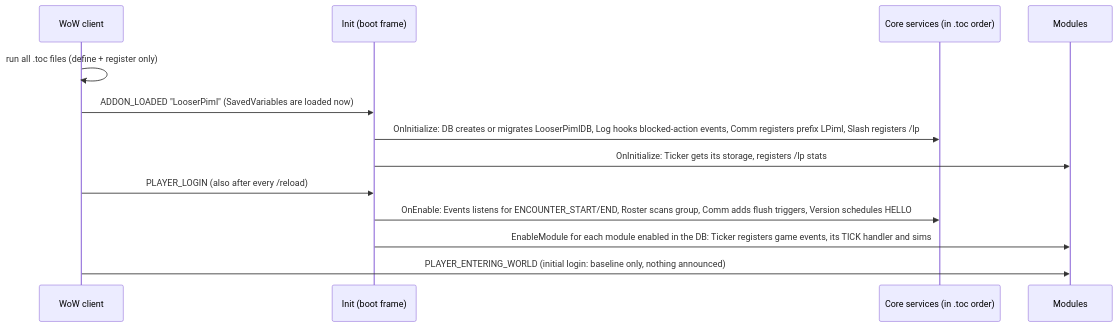
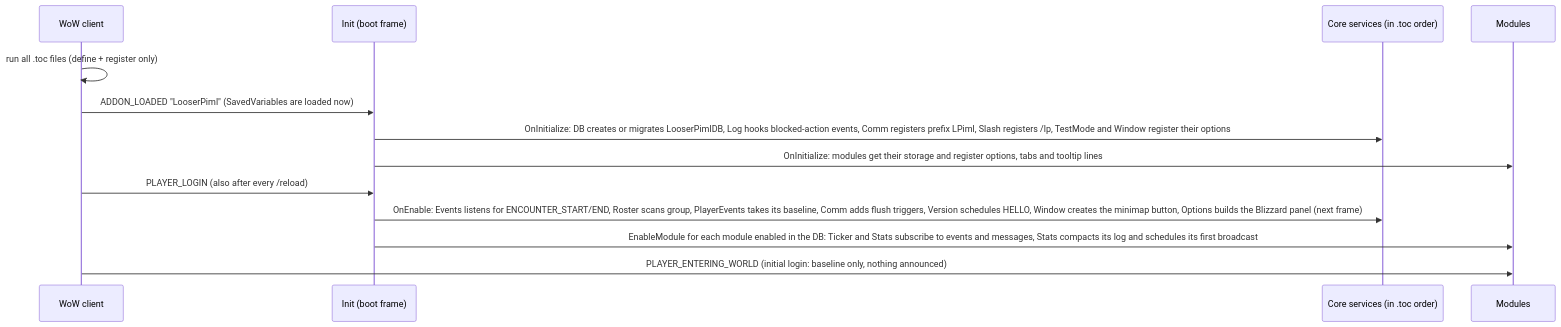
One commit to snoopjust/LooserPiml changed the second of 5 diagrams in ARCHITECTURE.md. Above: the diagram before and after it, drawn with Mermaid. The commit also changed other lines of this file, not shown here.

First line of the commit message:
ARCHITECTURE: stats data flow, settings/window, new restrictions

````diff
--- a/ARCHITECTURE.md
+++ b/ARCHITECTURE.md
@@ -100,15 +108,15 @@
 ```mermaid
 sequenceDiagram
     participant G as WoW client
     participant I as Init (boot frame)
     participant C as Core services (in .toc order)
     participant M as Modules
     G->>G: run all .toc files (define + register only)
     G->>I: ADDON_LOADED "LooserPiml" (SavedVariables are loaded now)
-    I->>C: OnInitialize: DB creates or migrates LooserPimlDB, Log hooks blocked-action events, Comm registers prefix LPiml, Slash registers /lp
-    I->>M: OnInitialize: Ticker gets its storage, registers /lp stats
+    I->>C: OnInitialize: DB creates or migrates LooserPimlDB, Log hooks blocked-action events, Comm registers prefix LPiml, Slash registers /lp, TestMode and Window register their options
+    I->>M: OnInitialize: modules get their storage and register options, tabs and tooltip lines
     G->>I: PLAYER_LOGIN (also after every /reload)
-    I->>C: OnEnable: Events listens for ENCOUNTER_START/END, Roster scans group, Comm adds flush triggers, Version schedules HELLO
-    I->>M: EnableModule for each module enabled in the DB: Ticker registers game events, its TICK handler and sims
+    I->>C: OnEnable: Events listens for ENCOUNTER_START/END, Roster scans group, PlayerEvents takes its baseline, Comm adds flush triggers, Version schedules HELLO, Window creates the minimap button, Options builds the Blizzard panel (next frame)
+    I->>M: EnableModule for each module enabled in the DB: Ticker and Stats subscribe to events and messages, Stats compacts its log and schedules its first broadcast
     G->>M: PLAYER_ENTERING_WORLD (initial login: baseline only, nothing announced)
 ```
````
